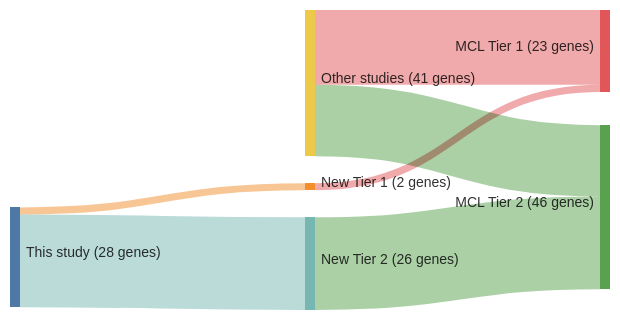
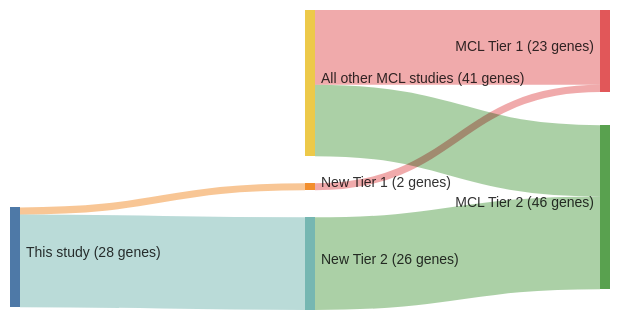
One commit to morinlab/lymphopedia changed the diagram in papers/zhangGenomicLandscapeMantle2014.md. Above: the diagram before and after it, drawn with Mermaid. The commit also changed 82 other files, not shown here.

````diff
--- a/papers/zhangGenomicLandscapeMantle2014.md
+++ b/papers/zhangGenomicLandscapeMantle2014.md
@@ -12,20 +12,20 @@
 ```mermaid
 ---
 config:
     sankey:
         showValues: true
         linkColor: target
         width: 600
         height: 300
         nodeAlignment: right
         prefix: '('
         suffix: ' genes)'
 ---
 sankey-beta
 This study, New Tier 1, 2
 New Tier 1, MCL Tier 1, 2
 This study, New Tier 2, 26
 New Tier 2, MCL Tier 2, 26
-Other studies, MCL Tier 1, 21
-Other studies, MCL Tier 2, 20
+All other MCL studies, MCL Tier 1, 21
+All other MCL studies, MCL Tier 2, 20
 ```
````
